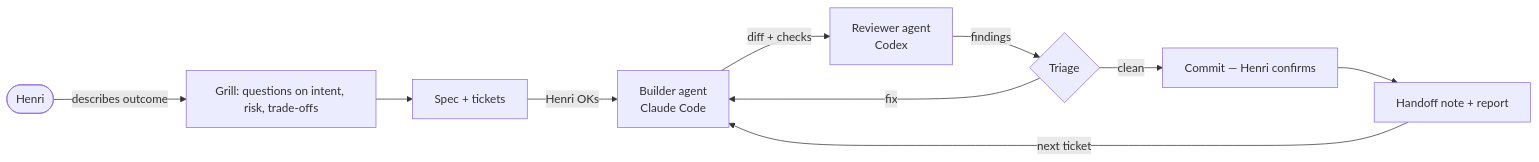
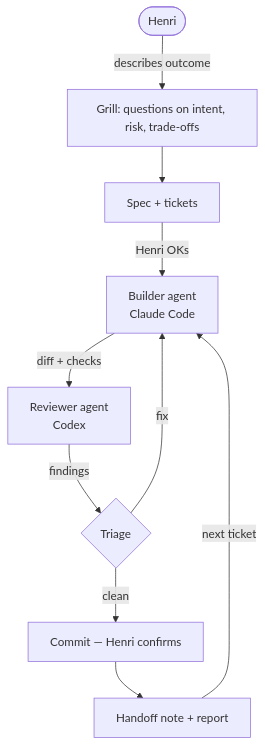
Before and after one commit to henribauer/how-i-build: the diagram in README.md, drawn with Mermaid.

Commit message:
docs: render workflow diagram top-down

````diff
--- a/README.md
+++ b/README.md
@@ -22,12 +22,12 @@
 ```mermaid
-flowchart LR
+flowchart TD
     H([Henri]) -->|describes outcome| G[Grill: questions on intent, risk, trade-offs]
     G --> S[Spec + tickets]
     S -->|Henri OKs| B[Builder agent<br/>Claude Code]
     B -->|diff + checks| R[Reviewer agent<br/>Codex]
     R -->|findings| T{Triage}
     T -->|fix| B
     T -->|clean| C[Commit — Henri confirms]
     C --> N[Handoff note + report]
     N -->|next ticket| B
 ```
````
